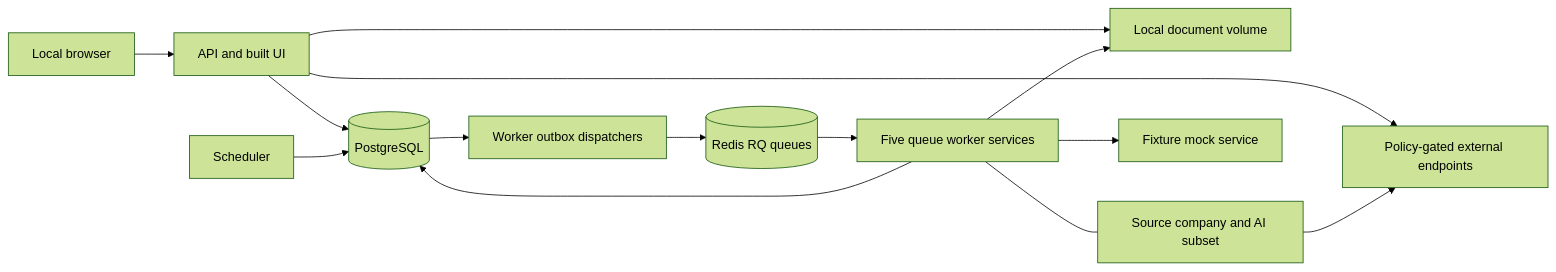
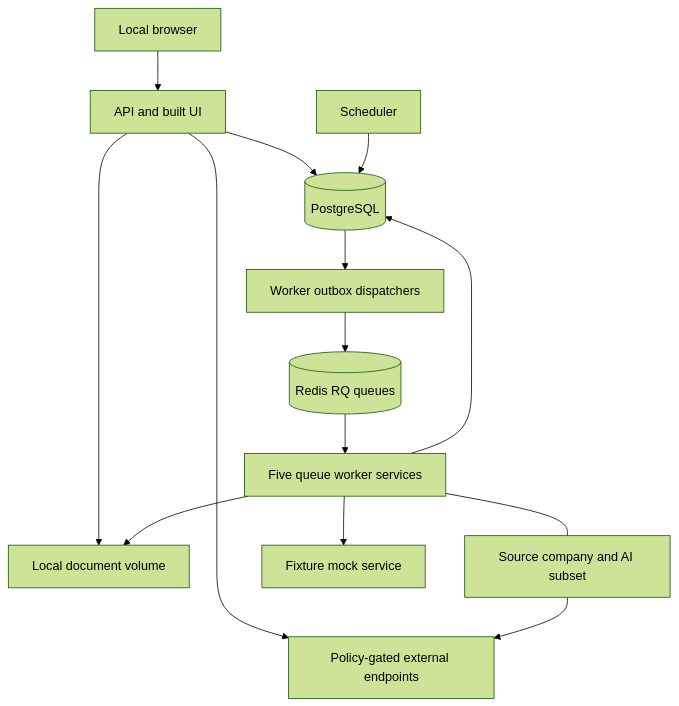
The first of 2 diagrams in docs/ARCHITECTURE.md (MulattoTech/MJobs), drawn with Mermaid (forest theme) before and after one commit.

Commit message:
docs(architecture): improve topology diagram readability
Use vertical flow to avoid compressed labels in the GitHub document pane.

AI-Agent: Codex
AI-Model: unknown
Requirement: #286 / MJ-REQ-285
Validation: 14 docs tests PASS; repository links/policy PASS; site build PASS; diff check PASS; exact-head visual recheck pending
UTC-Date: 2026-10-23T04:17:41.9193993Z

````diff
--- a/docs/ARCHITECTURE.md
+++ b/docs/ARCHITECTURE.md
@@ -36,16 +36,16 @@
 ```mermaid
-flowchart LR
+flowchart TD
     Browser[Local browser] --> API[API and built UI]
     API --> DB[(PostgreSQL)]
     Scheduler[Scheduler] --> DB
     DB --> Dispatch[Worker outbox dispatchers]
     Dispatch --> Redis[(Redis RQ queues)]
     Redis --> Workers[Five queue worker services]
     Workers --> DB
     API --> Files[Local document volume]
     Workers --> Files
     API --> External[Policy-gated external endpoints]
     Workers --- Egress[Source company and AI subset]
     Egress --> External
     Workers --> Mock[Fixture mock service]
 ```
````
